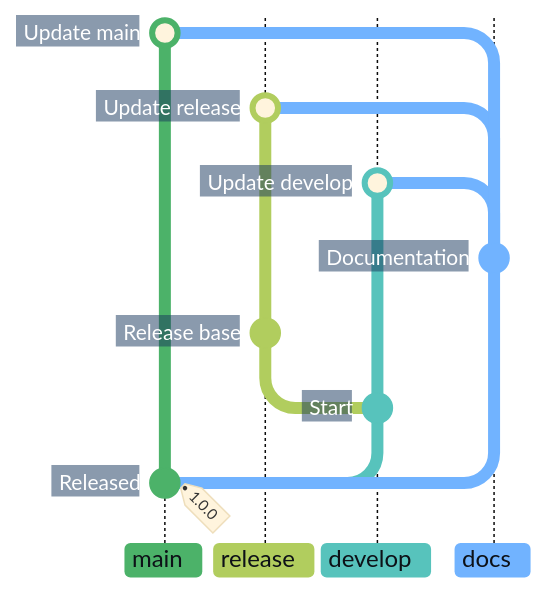
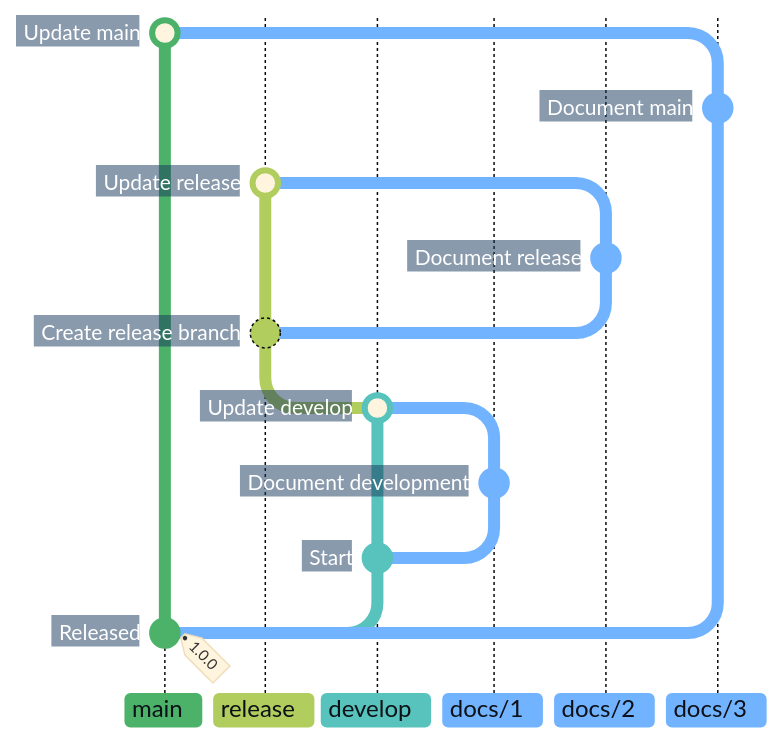
Before and after one commit to superhero/operations.superduper.solutions: the third of 3 diagrams in docs/adr/cicd.md, drawn with Mermaid. The commit also changed other lines of this file, not shown here.

Commit message:
docs: show target-based documentation edits before release

````diff
--- a/docs/adr/cicd.md
+++ b/docs/adr/cicd.md
@@ -122,25 +122,31 @@
 ```mermaid
-%%{init: {"theme": "base", "themeCSS": "line.branch { stroke: #8B949E; stroke-width: 1px; stroke-dasharray: 1 4; stroke-linecap: round; } .branchLabel, .tag-label { font-weight: 700; } .tag-label-bkg, .commit-label-bkg { opacity: 0.9; } .tag-label-bkg { fill: #B8E6C4; stroke: #8ED3A2; } .branchLabelBkg { opacity: 1; clip-path: inset(0 8px 0 0 round 4px) fill-box; } .commit-labels g:nth-last-of-type(-n+3) { visibility: hidden; } .commit-labels g { transform-box: fill-box; transform-origin: calc(100% + 17px) calc(50% + 2px); transform: rotate(-10deg); } .commit-label { font-weight: 700; transform: translateX(-8px); } .commit-label-bkg { stroke: #17365D; stroke-width: 20px; transform: translateX(-5px); clip-path: polygon(-4px -4px, calc(100% + 4px) -4px, calc(100% + 10px) 50%, calc(100% + 4px) calc(100% + 4px), -4px calc(100% + 4px)) fill-box; }", "gitGraph": {"showCommitLabel": true, "rotateCommitLabel": false}, "themeVariables": {
+%%{init: {"theme": "base", "themeCSS": "line.branch { stroke: #8B949E; stroke-width: 1px; stroke-dasharray: 1 4; stroke-linecap: round; } .branchLabel, .tag-label { font-weight: 700; } .tag-label-bkg, .commit-label-bkg { opacity: 0.9; } .tag-label-bkg { fill: #B8E6C4; stroke: #8ED3A2; } .branchLabelBkg { opacity: 1; clip-path: inset(0 8px 0 0 round 4px) fill-box; } .commit-labels g:nth-last-of-type(-n+2) { visibility: hidden; } .commit-labels g { transform-box: fill-box; transform-origin: calc(100% + 17px) calc(50% + 2px); transform: rotate(-10deg); } .commit-label { font-weight: 700; transform: translateX(-8px); } .commit-label-bkg { stroke: #17365D; stroke-width: 20px; transform: translateX(-5px); clip-path: polygon(-4px -4px, calc(100% + 4px) -4px, calc(100% + 10px) 50%, calc(100% + 4px) calc(100% + 4px), -4px calc(100% + 4px)) fill-box; } .commit.branch { stroke: #B1CD5E; stroke-dasharray: none; }", "gitGraph": {"showCommitLabel": true, "rotateCommitLabel": false}, "themeVariables": {
     "commitLabelFontSize": "14px", "commitLabelColor": "#FFFFFF", "commitLabelBackground": "#17365D",
     "git0": "#4CB269", "gitBranchLabel0": "#0D1117",
     "git1": "#B1CD5E", "gitBranchLabel1": "#0D1117",
     "git2": "#57C3BC", "gitBranchLabel2": "#0D1117",
-    "git3": "#71B3FF", "gitBranchLabel3": "#0D1117"
+    "git3": "#71B3FF", "gitBranchLabel3": "#0D1117",
+    "git4": "#71B3FF", "gitBranchLabel4": "#0D1117",
+    "git5": "#71B3FF", "gitBranchLabel5": "#0D1117"
 }}}%%
 gitGraph BT:
-    %% Hide the three initial notes while retaining their branch connections.
+    %% Hide the two initial notes while retaining their branch connections.
     commit id: "Released" tag: "1.0.0"
     branch develop order: 2
     commit id: "Start"
+    branch "docs/1" order: 3
+    commit id: "Document development"
+    checkout develop
+    merge "docs/1" id: "Update develop"
     branch release order: 1
-    commit id: "Release base"
+    commit id: "Create release branch"
+    branch "docs/2" order: 4
+    commit id: "Document release"
+    checkout release
+    merge "docs/2" id: "Update release"
     checkout main
-    branch docs order: 3
-    commit id: "Documentation"
-    checkout develop
-    merge docs id: "Update develop"
-    checkout release
-    merge docs id: "Update release"
+    branch "docs/3" order: 5
+    commit id: "Document main"
     checkout main
-    merge docs id: "Update main"
+    merge "docs/3" id: "Update main"
 ```
````
